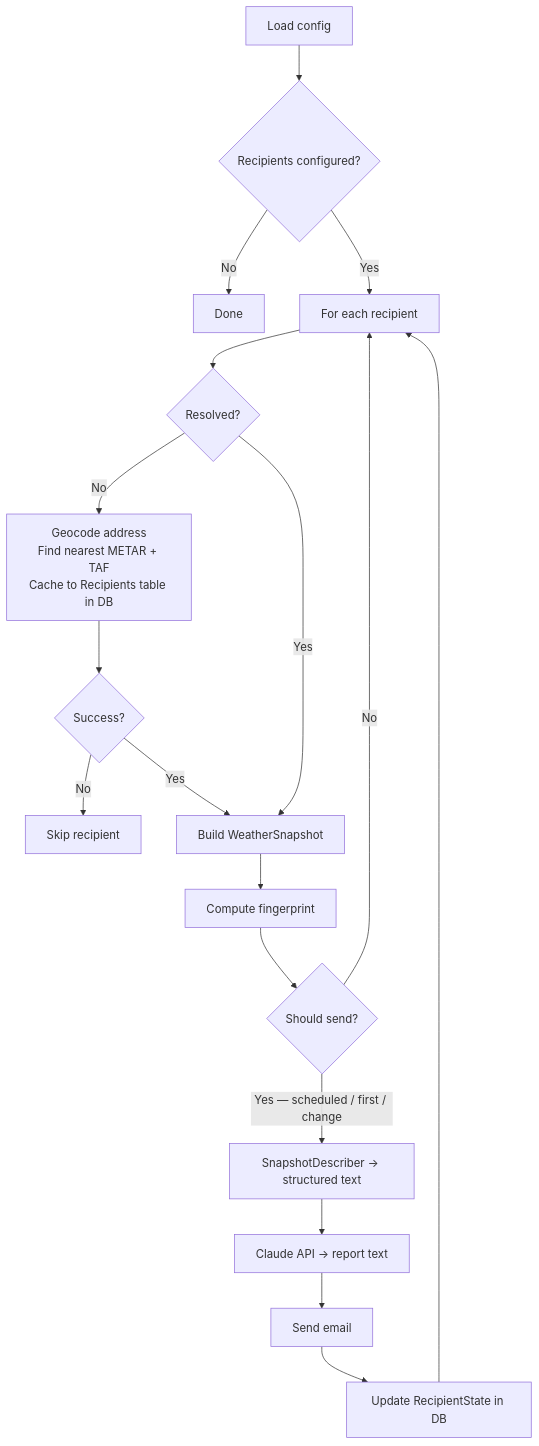
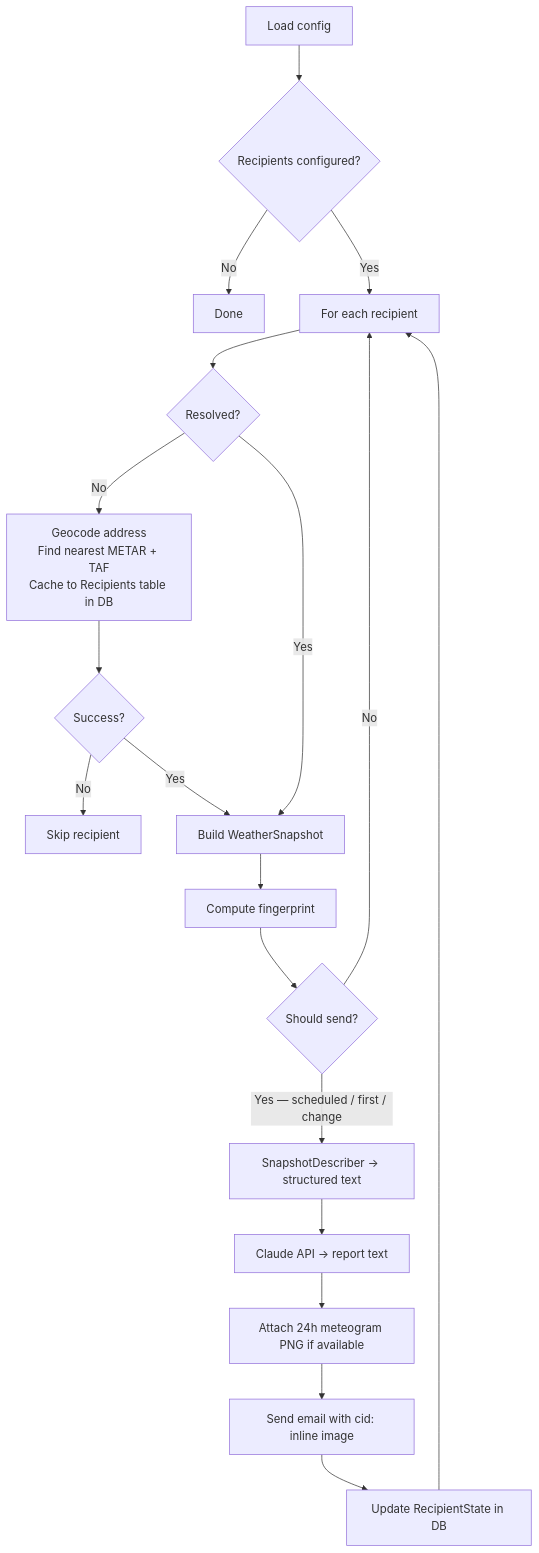
Before and after one commit to PaulHarder2/HarderWare: the seventh of 8 diagrams in WxServices/DESIGN.md, drawn with Mermaid. The commit also changed other lines of this file and 12 other files, not shown here.

````diff
--- a/WxServices/DESIGN.md
+++ b/WxServices/DESIGN.md
@@ -389,20 +390,21 @@
 ```mermaid
 flowchart TD
     A[Load config] --> B{Recipients configured?}
     B -->|No| Z[Done]
     B -->|Yes| C[For each recipient]
     C --> D{Resolved?}
     D -->|No| E[Geocode address\nFind nearest METAR + TAF\nCache to Recipients table in DB]
     E --> F{Success?}
     F -->|No| SKIP[Skip recipient]
     D -->|Yes| G[Build WeatherSnapshot]
     F -->|Yes| G
     G --> H[Compute fingerprint]
     H --> I{Should send?}
     I -->|No| C
     I -->|Yes — scheduled / first / change| J[SnapshotDescriber → structured text]
     J --> K[Claude API → report text]
-    K --> L[Send email]
+    K --> K2[Attach 24h meteogram PNG if available]
+    K2 --> L[Send email with cid: inline image]
     L --> M[Update RecipientState in DB]
     M --> C
 ```
````
